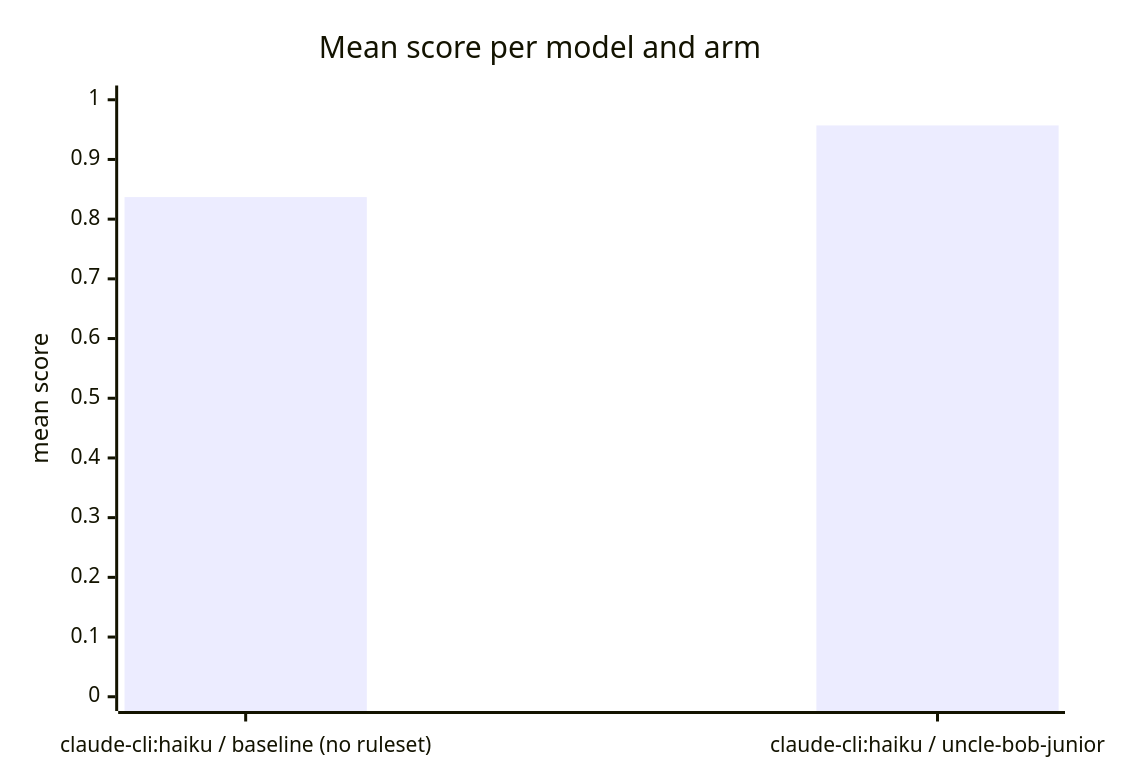
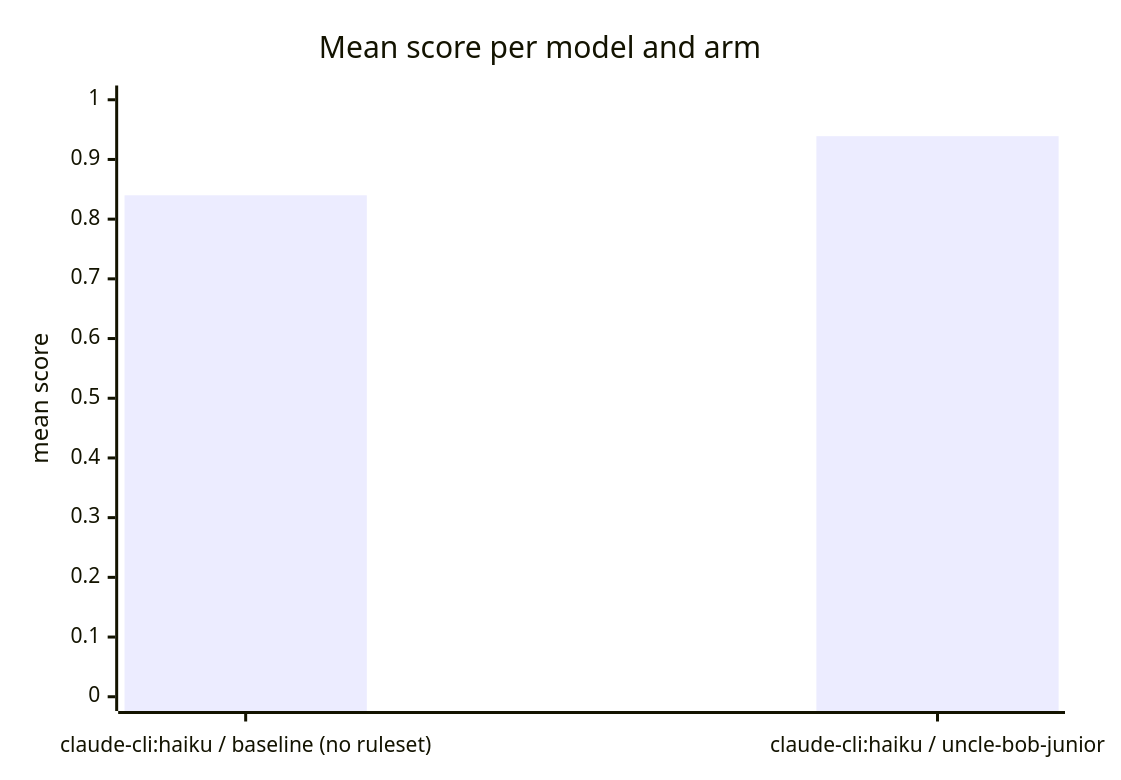
Before and after one commit to coenraadhuman/uncle-bob-junior: the diagram in benchmarks/results/eval-uhn-2026-08-31t09-07-24/report.md, drawn with Mermaid. The commit also changed other lines of this file and 733 other files, not shown here.

````diff
--- a/benchmarks/results/eval-uhn-2026-08-31t09-07-24/report.md
+++ b/benchmarks/results/eval-uhn-2026-08-31t09-07-24/report.md
@@ -123,7 +59,7 @@
 ```mermaid
 xychart-beta
     title "Mean score per model and arm"
     x-axis ["claude-cli:haiku / baseline (no ruleset)", "claude-cli:haiku / uncle-bob-junior"]
     y-axis "mean score" 0 --> 1
-    bar [0.837, 0.957]
+    bar [0.840, 0.939]
 ```
````
